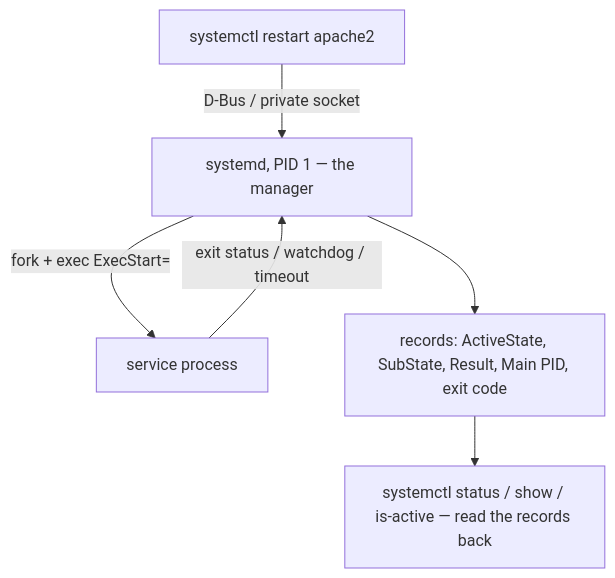
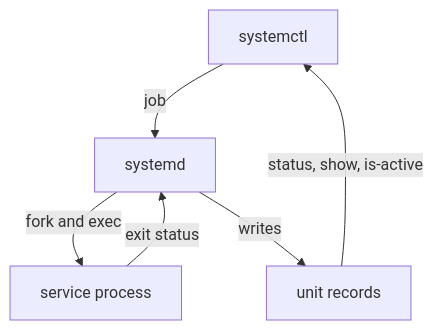
Before and after one commit to astrona-io/ATS002: the first of 2 diagrams in sections/section-010/module-06/course-01-service-manager-and-unit-state.md, drawn with Mermaid. The commit also changed other lines of this file and 615 other files, not shown here.

````diff
--- a/sections/section-010/module-06/course-01-service-manager-and-unit-state.md
+++ b/sections/section-010/module-06/course-01-service-manager-and-unit-state.md
@@ -13,8 +13,8 @@
 ```mermaid
-flowchart TD
-    A["systemctl restart apache2"] -->|D-Bus / private socket| B["systemd, PID 1 — the manager"]
-    B -->|fork + exec ExecStart=| C["service process"]
-    C -->|exit status / watchdog / timeout| B
-    B --> D["records: ActiveState, SubState, Result, Main PID, exit code"]
-    D --> E["systemctl status / show / is-active — read the records back"]
+flowchart TB
+    A["systemctl"] -->|"job"| B["systemd"]
+    B -->|"fork and exec"| C["service process"]
+    C -->|"exit status"| B
+    B -->|"writes"| D["unit records"]
+    D -->|"status, show, is-active"| A
 ```
````
